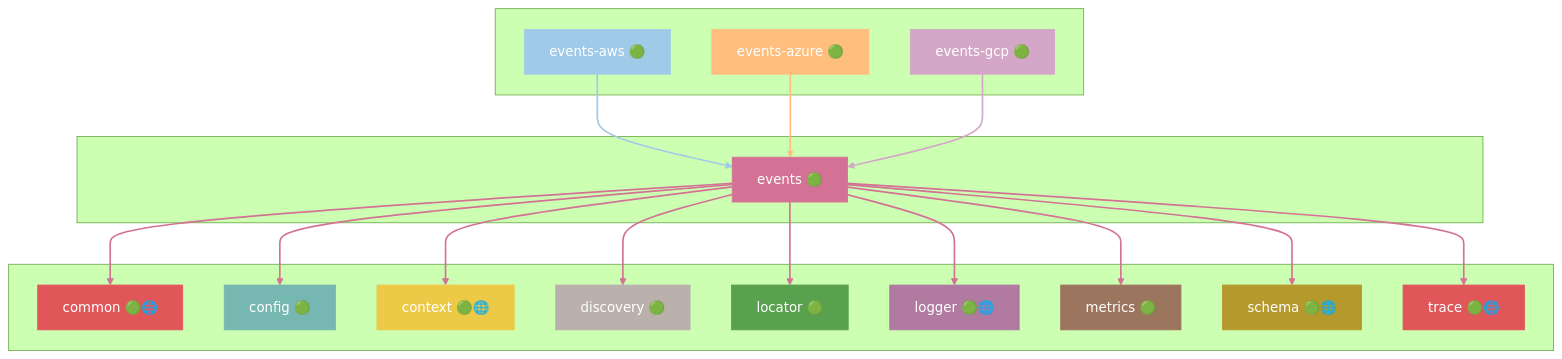
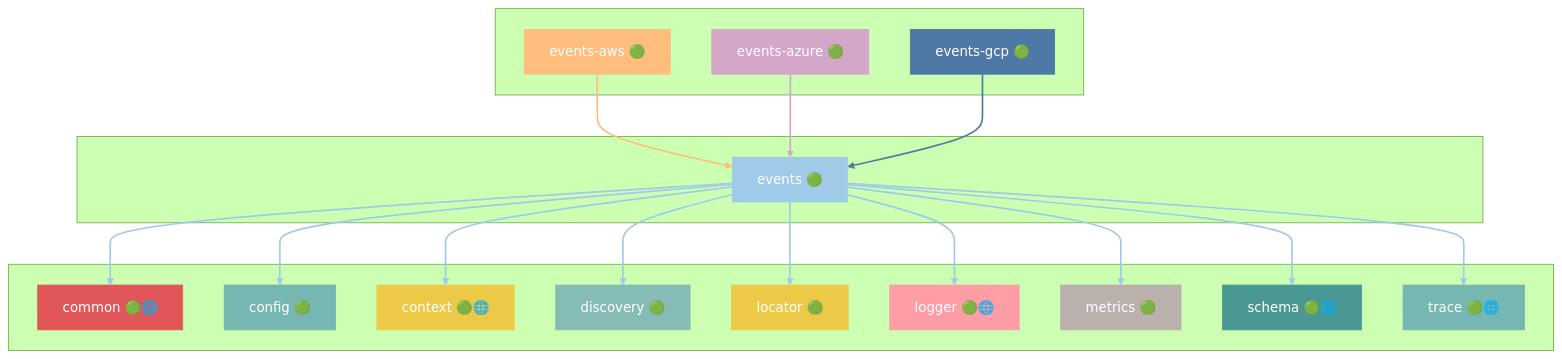
One commit to grest-ts/grest-ts changed diagram 17 of 43 in docs/DEPENDENCIES.md. Above: the diagram before and after it, drawn with Mermaid (forest theme). The commit also changed other lines of this file and 14 other files, not shown here.

````diff
--- a/docs/DEPENDENCIES.md
+++ b/docs/DEPENDENCIES.md
@@ -847,59 +889,59 @@
 ```mermaid
 flowchart TB
     subgraph Dependents[" "]
         events-aws["events-aws 🟢"]
         events-azure["events-azure 🟢"]
         events-gcp["events-gcp 🟢"]
     end
     subgraph Package[" "]
         events["events 🟢"]
     end
     subgraph Dependencies[" "]
         common["common 🟢🌐"]
         config["config 🟢"]
         context["context 🟢🌐"]
         discovery["discovery 🟢"]
         locator["locator 🟢"]
         logger["logger 🟢🌐"]
         metrics["metrics 🟢"]
         schema["schema 🟢🌐"]
         trace["trace 🟢🌐"]
     end
     events-aws --> events
     events-azure --> events
     events-gcp --> events
     events --> common
     events --> config
     events --> context
     events --> discovery
     events --> locator
     events --> logger
     events --> metrics
     events --> schema
     events --> trace
-    style events fill:#D37295,stroke:#D37295,color:#fff
-    style events-aws fill:#A0CBE8,stroke:#A0CBE8,color:#fff
-    style events-azure fill:#FFBE7D,stroke:#FFBE7D,color:#fff
-    style events-gcp fill:#D4A6C8,stroke:#D4A6C8,color:#fff
+    style events fill:#A0CBE8,stroke:#A0CBE8,color:#fff
+    style events-aws fill:#FFBE7D,stroke:#FFBE7D,color:#fff
+    style events-azure fill:#D4A6C8,stroke:#D4A6C8,color:#fff
+    style events-gcp fill:#4E79A7,stroke:#4E79A7,color:#fff
     style common fill:#E15759,stroke:#E15759,color:#fff
     style config fill:#76B7B2,stroke:#76B7B2,color:#fff
     style context fill:#EDC948,stroke:#EDC948,color:#fff
-    style discovery fill:#BAB0AC,stroke:#BAB0AC,color:#fff
-    style locator fill:#59A14F,stroke:#59A14F,color:#fff
-    style logger fill:#B07AA1,stroke:#B07AA1,color:#fff
-    style metrics fill:#9C755F,stroke:#9C755F,color:#fff
-    style schema fill:#B6992D,stroke:#B6992D,color:#fff
-    style trace fill:#E15759,stroke:#E15759,color:#fff
-    linkStyle 0 stroke:#A0CBE8,stroke-width:2px
-    linkStyle 1 stroke:#FFBE7D,stroke-width:2px
-    linkStyle 2 stroke:#D4A6C8,stroke-width:2px
-    linkStyle 3 stroke:#D37295,stroke-width:2px
-    linkStyle 4 stroke:#D37295,stroke-width:2px
-    linkStyle 5 stroke:#D37295,stroke-width:2px
-    linkStyle 6 stroke:#D37295,stroke-width:2px
-    linkStyle 7 stroke:#D37295,stroke-width:2px
-    linkStyle 8 stroke:#D37295,stroke-width:2px
-    linkStyle 9 stroke:#D37295,stroke-width:2px
-    linkStyle 10 stroke:#D37295,stroke-width:2px
-    linkStyle 11 stroke:#D37295,stroke-width:2px
+    style discovery fill:#86BCB6,stroke:#86BCB6,color:#fff
+    style locator fill:#EDC948,stroke:#EDC948,color:#fff
+    style logger fill:#FF9DA7,stroke:#FF9DA7,color:#fff
+    style metrics fill:#BAB0AC,stroke:#BAB0AC,color:#fff
+    style schema fill:#499894,stroke:#499894,color:#fff
+    style trace fill:#76B7B2,stroke:#76B7B2,color:#fff
+    linkStyle 0 stroke:#FFBE7D,stroke-width:2px
+    linkStyle 1 stroke:#D4A6C8,stroke-width:2px
+    linkStyle 2 stroke:#4E79A7,stroke-width:2px
+    linkStyle 3 stroke:#A0CBE8,stroke-width:2px
+    linkStyle 4 stroke:#A0CBE8,stroke-width:2px
+    linkStyle 5 stroke:#A0CBE8,stroke-width:2px
+    linkStyle 6 stroke:#A0CBE8,stroke-width:2px
+    linkStyle 7 stroke:#A0CBE8,stroke-width:2px
+    linkStyle 8 stroke:#A0CBE8,stroke-width:2px
+    linkStyle 9 stroke:#A0CBE8,stroke-width:2px
+    linkStyle 10 stroke:#A0CBE8,stroke-width:2px
+    linkStyle 11 stroke:#A0CBE8,stroke-width:2px
 ```
````
